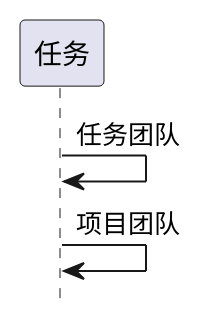
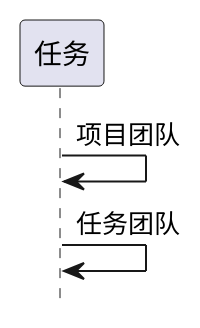
Before and after one commit to zj335841911/nt_chandao: the eighth of 16 diagrams in ibizpms-docs/src/main/doc/v1/module/zentao/Task_old.md, drawn with PlantUML. The commit also changed other lines of this file and 2125 other files, not shown here.

```diff
--- a/ibizpms-docs/src/main/doc/v1/module/zentao/Task_old.md
+++ b/ibizpms-docs/src/main/doc/v1/module/zentao/Task_old.md
@@ -438,6 +438,6 @@
 {% plantuml %}
 hide footbox
 
+任务 -> 任务: 项目团队
 任务 -> 任务: 任务团队
-任务 -> 任务: 项目团队
 {% endplantuml %}
```
